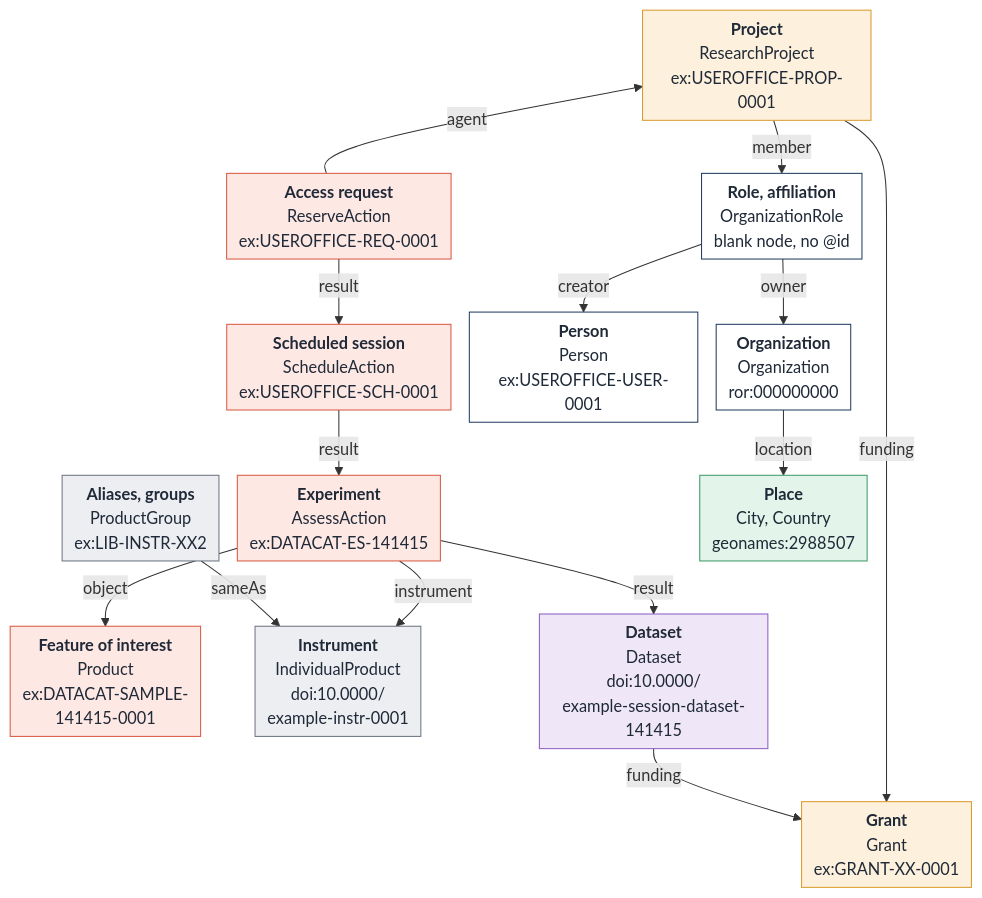
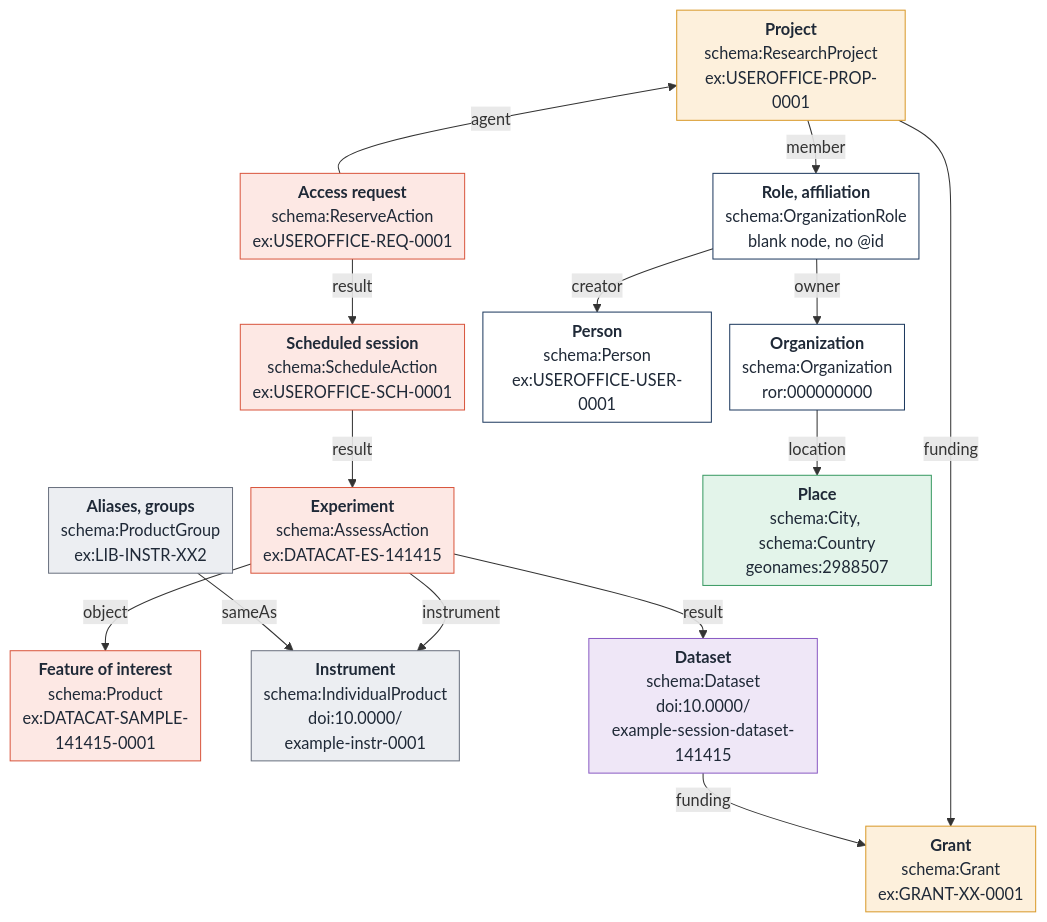
Before and after one commit to openfacility/.github: the second of 3 diagrams in profile/README.md, drawn with Mermaid. The commit also changed other lines of this file, not shown here.

Commit message:
Show the schema: prefix on the node types of the model graphs

````diff
--- a/profile/README.md
+++ b/profile/README.md
@@ -61,44 +61,44 @@
 ```mermaid
 %%{init: {"flowchart": {"nodeSpacing": 18, "rankSpacing": 28, "padding": 6}}}%%
 flowchart TB
-  prop["<b>Project</b><br/>ResearchProject<br/>ex:USEROFFICE-PROP-0001"]
-  req["<b>Access request</b><br/>ReserveAction<br/>ex:USEROFFICE-REQ-0001"]
-  ses["<b>Scheduled session</b><br/>ScheduleAction<br/>ex:USEROFFICE-SCH-0001"]
-  exp["<b>Experiment</b><br/>AssessAction<br/>ex:DATACAT-ES-141415"]
-  smp["<b>Feature of interest</b><br/>Product<br/>ex:DATACAT-SAMPLE-<br/>141415-0001"]
-  grant["<b>Grant</b><br/>Grant<br/>ex:GRANT-XX-0001"]
-  ins["<b>Instrument</b><br/>IndividualProduct<br/>doi:10.0000/<br/>example-instr-0001"]
-  ds["<b>Dataset</b><br/>Dataset<br/>doi:10.0000/<br/>example-session-dataset-141415"]
-  ali["<b>Aliases, groups</b><br/>ProductGroup<br/>ex:LIB-INSTR-XX2"]
-  role["<b>Role, affiliation</b><br/>OrganizationRole<br/>blank node, no @id"]
-  per["<b>Person</b><br/>Person<br/>ex:USEROFFICE-USER-0001"]
-  org["<b>Organization</b><br/>Organization<br/>ror:000000000"]
-  pla["<b>Place</b><br/>City, Country<br/>geonames:2988507"]
+  prop["<b>Project</b><br/>schema:ResearchProject<br/>ex:USEROFFICE-PROP-0001"]
+  req["<b>Access request</b><br/>schema:ReserveAction<br/>ex:USEROFFICE-REQ-0001"]
+  ses["<b>Scheduled session</b><br/>schema:ScheduleAction<br/>ex:USEROFFICE-SCH-0001"]
+  exp["<b>Experiment</b><br/>schema:AssessAction<br/>ex:DATACAT-ES-141415"]
+  smp["<b>Feature of interest</b><br/>schema:Product<br/>ex:DATACAT-SAMPLE-<br/>141415-0001"]
+  grant["<b>Grant</b><br/>schema:Grant<br/>ex:GRANT-XX-0001"]
+  ins["<b>Instrument</b><br/>schema:IndividualProduct<br/>doi:10.0000/<br/>example-instr-0001"]
+  ds["<b>Dataset</b><br/>schema:Dataset<br/>doi:10.0000/<br/>example-session-dataset-141415"]
+  ali["<b>Aliases, groups</b><br/>schema:ProductGroup<br/>ex:LIB-INSTR-XX2"]
+  role["<b>Role, affiliation</b><br/>schema:OrganizationRole<br/>blank node, no @id"]
+  per["<b>Person</b><br/>schema:Person<br/>ex:USEROFFICE-USER-0001"]
+  org["<b>Organization</b><br/>schema:Organization<br/>ror:000000000"]
+  pla["<b>Place</b><br/>schema:City, schema:Country<br/>geonames:2988507"]
 
   req -- result --> ses -- result --> exp
   exp -- object --> smp
   exp -- result --> ds
   exp -- instrument --> ins
   req -- agent --> prop
   prop ~~~ req
   prop -- funding --> grant
   ds -- funding --> grant
   ali -- sameAs --> ins
   prop -- member --> role
   role -- creator --> per
   role -- owner --> org
   org -- location --> pla
 
   classDef session fill:#fde8e4,stroke:#d9573f,color:#1f2937
   classDef project fill:#fdf0dc,stroke:#d99a2b,color:#1f2937
   classDef instrument fill:#eceef2,stroke:#6b7280,color:#1f2937
   classDef dataset fill:#efe7f7,stroke:#8b5cc4,color:#1f2937
   classDef agent fill:#ffffff,stroke:#1e3a5f,color:#1f2937
   classDef place fill:#e3f4ea,stroke:#3a9a63,color:#1f2937
   class req,ses,exp,smp session
   class prop,grant project
   class ins,ali instrument
   class ds dataset
   class role,per,org agent
   class pla place
 ```
````
